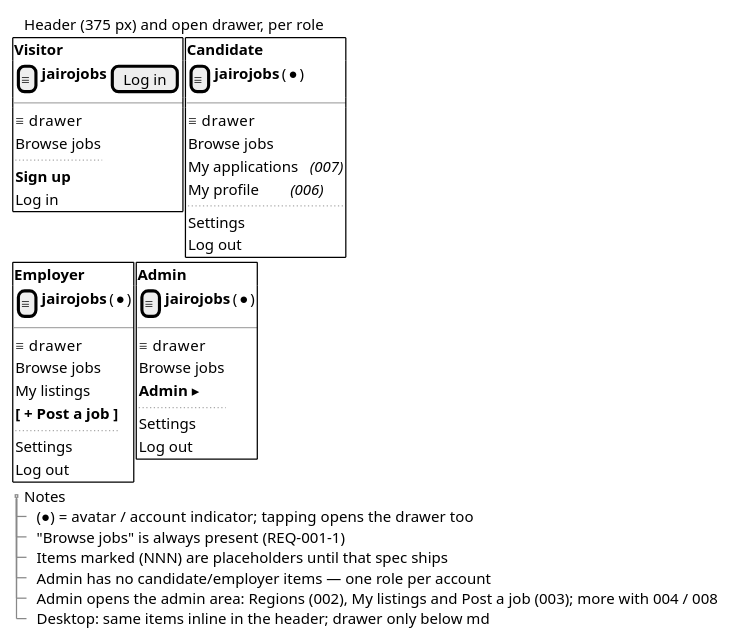
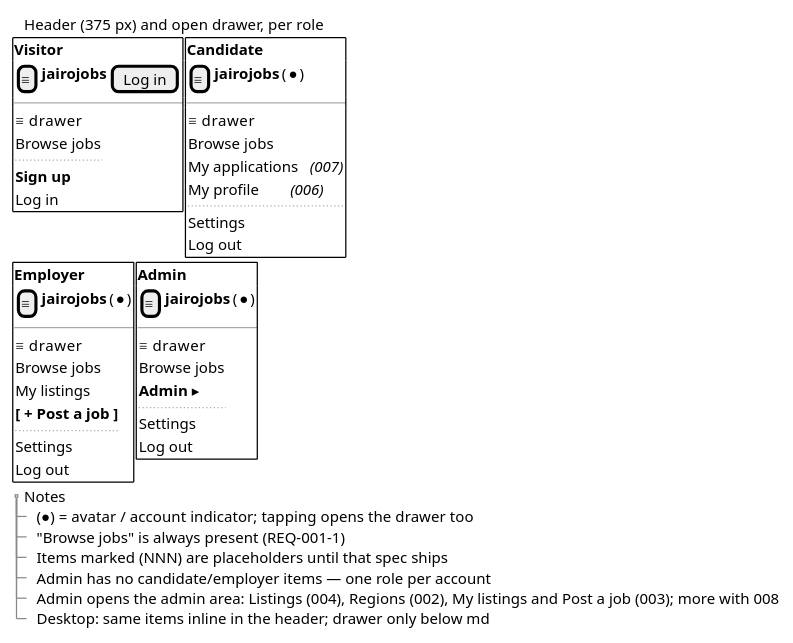
Before and after one commit to raseniero/jairojobs-elixir: the diagram in docs/specs/001-accounts-authentication/diagrams/wireframe-nav.puml, drawn with PlantUML. The commit also changed 13 other files, not shown here.

Commit message:
feat(web): admin listings page and waiting count (REQ-004-1, REQ-004-2, REQ-004-3)

```diff
--- a/docs/specs/001-accounts-authentication/diagrams/wireframe-nav.puml
+++ b/docs/specs/001-accounts-authentication/diagrams/wireframe-nav.puml
@@ -1,70 +1,71 @@
 @startsalt wireframe-nav
 ' Spec 001 — role-aware navigation at phone width (REQ-001-12).
 ' Four variants of the same header; the drawer opens from the ☰ button.
 ' Wireframe only — not a visual design.
 ' Updated 2026-11-12: Employer items are live (spec 003); Admin links to the admin area (spec 002).
+' Updated 2026-11-16: the Admin area now starts with Listings (spec 004).
 
 {
   {T
     + Header (375 px) and open drawer, per role
   }
   {
     {+ <b>Visitor</b>
       { [≡] | <b>jairojobs</b> | [Log in] }
       --
       { ≡ drawer
         | Browse jobs
         | ..
         | <b>Sign up</b>
         | Log in
       }
     } |
     {+ <b>Candidate</b>
       { [≡] | <b>jairojobs</b> | (●) }
       --
       { ≡ drawer
         | Browse jobs
         | My applications   <i>(007)</i>
         | My profile        <i>(006)</i>
         | ..
         | Settings
         | Log out
       }
     }
   }
   {
     {+ <b>Employer</b>
       { [≡] | <b>jairojobs</b> | (●) }
       --
       { ≡ drawer
         | Browse jobs
         | My listings
         | <b>[ + Post a job ]</b>
         | ..
         | Settings
         | Log out
       }
     } |
     {+ <b>Admin</b>
       { [≡] | <b>jairojobs</b> | (●) }
       --
       { ≡ drawer
         | Browse jobs
         | <b>Admin</b> ▸
         | ..
         | Settings
         | Log out
       }
     }
   }
   {T
     + Notes
     ++ (●) = avatar / account indicator; tapping opens the drawer too
     ++ "Browse jobs" is always present (REQ-001-1)
     ++ Items marked (NNN) are placeholders until that spec ships
     ++ Admin has no candidate/employer items — one role per account
-    ++ Admin opens the admin area: Regions (002), My listings and Post a job (003); more with 004 / 008
+    ++ Admin opens the admin area: Listings (004), Regions (002), My listings and Post a job (003); more with 008
     ++ Desktop: same items inline in the header; drawer only below md
   }
 }
 @endsalt
```
